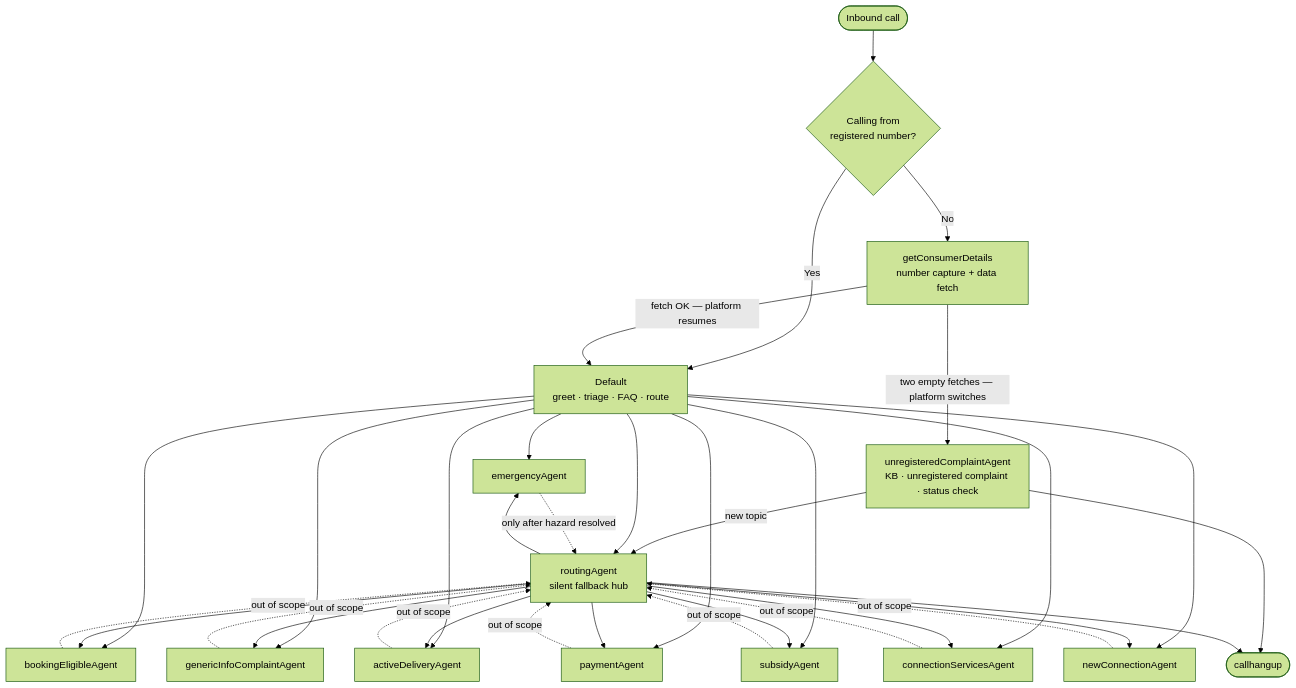
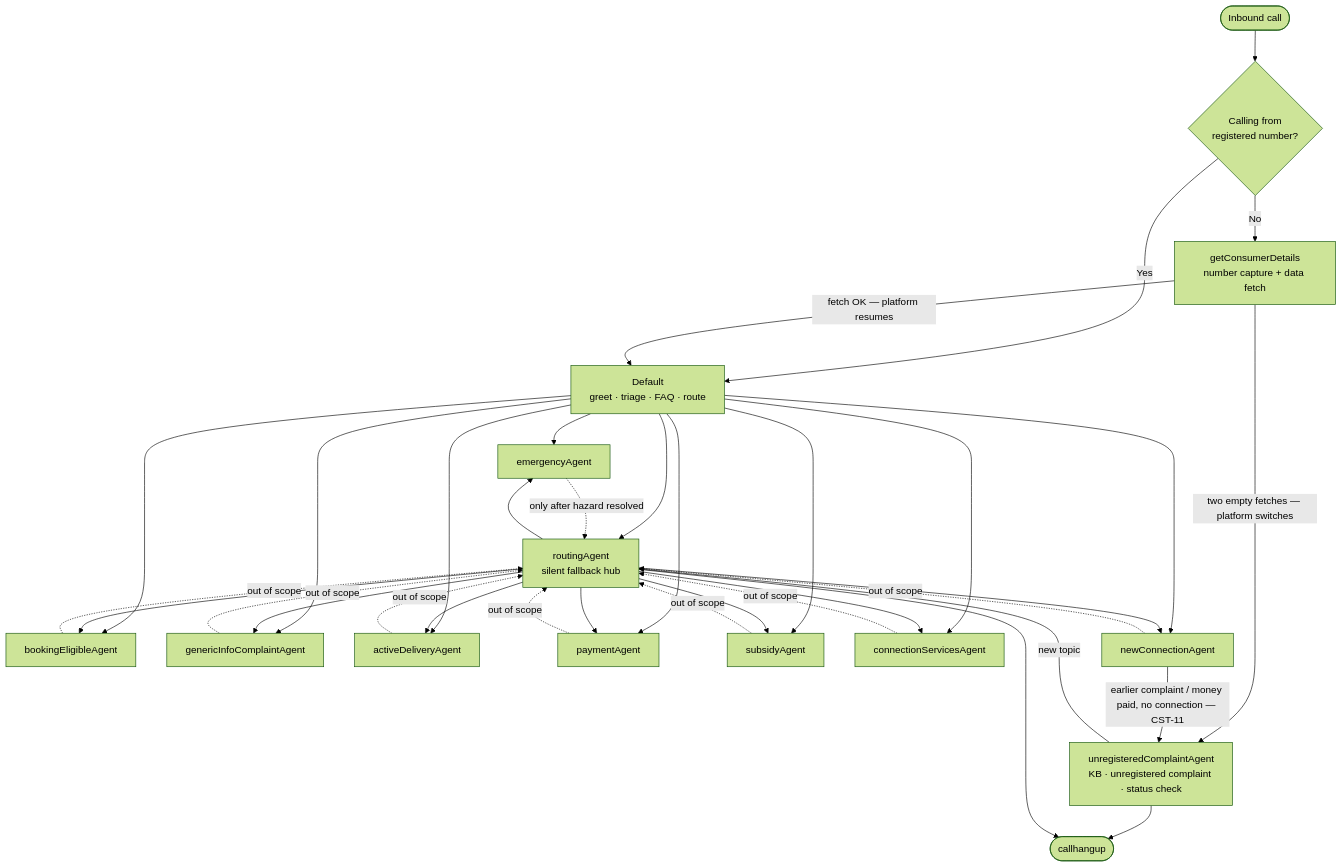
The diagram in bpcl_prompts/bpcl_showroom_crc/docs/agent-workflow.md (vijay-vo/vo_prompts), drawn with Mermaid (forest theme) before and after one commit. The commit also changed other lines of this file and 5 other files, not shown here.

First line of the commit message:
CRC: earlier complaint or money paid for a connection → unregisteredComplaintAgent; PIN code collected in parts (CST-11)

````diff
--- a/bpcl_prompts/bpcl_showroom_crc/docs/agent-workflow.md
+++ b/bpcl_prompts/bpcl_showroom_crc/docs/agent-workflow.md
@@ -11,41 +11,42 @@
 ```mermaid
 graph TD
     START([Inbound call]) --> REG{Calling from<br/>registered number?}
 
     REG -->|No| GCD[getConsumerDetails<br/>number capture + data fetch]
     REG -->|Yes| DEF
 
     GCD -->|fetch OK — platform resumes| DEF[Default<br/>greet · triage · FAQ · route]
     GCD -->|two empty fetches — platform switches| UNREG[unregisteredComplaintAgent<br/>KB · unregistered complaint · status check]
     UNREG -->|new topic| ROUTE
     UNREG --> HANG([callhangup])
 
     DEF --> EMG[emergencyAgent]
     DEF --> BOOK[bookingEligibleAgent]
     DEF --> GIC[genericInfoComplaintAgent]
     DEF --> ADEL[activeDeliveryAgent]
     DEF --> PAY[paymentAgent]
     DEF --> SUB[subsidyAgent]
     DEF --> CONN[connectionServicesAgent]
     DEF --> NEW[newConnectionAgent]
     DEF --> ROUTE[routingAgent<br/>silent fallback hub]
 
     ROUTE --> EMG
     ROUTE --> BOOK
     ROUTE --> GIC
     ROUTE --> ADEL
     ROUTE --> PAY
     ROUTE --> SUB
     ROUTE --> CONN
     ROUTE --> NEW
     ROUTE --> HANG
 
     BOOK -.out of scope.-> ROUTE
     GIC -.out of scope.-> ROUTE
     ADEL -.out of scope.-> ROUTE
     PAY -.out of scope.-> ROUTE
     SUB -.out of scope.-> ROUTE
     CONN -.out of scope.-> ROUTE
     NEW -.out of scope.-> ROUTE
+    NEW -->|earlier complaint / money paid, no connection — CST-11| UNREG
     EMG -.only after hazard resolved.-> ROUTE
 ```
````
